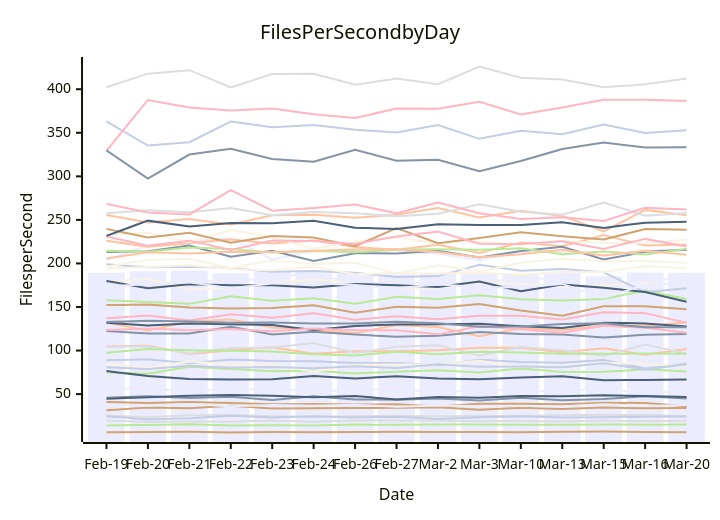
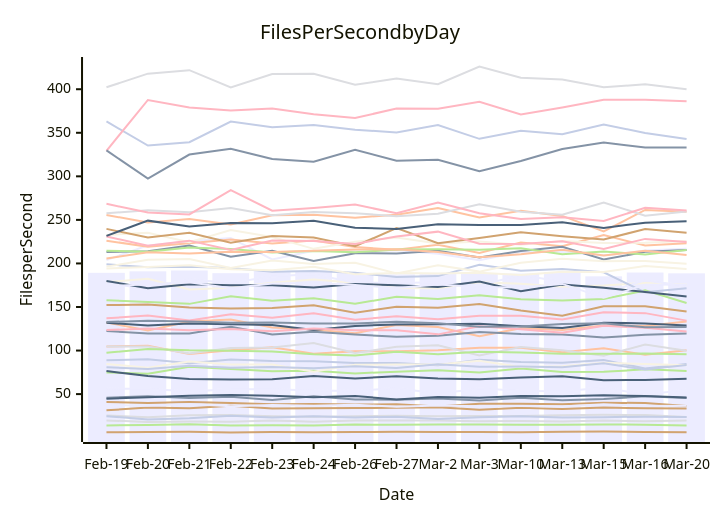
The diagram in perf-report.md (streetsidesoftware/cspell), drawn with Mermaid before and after one commit. The commit also changed other lines of this file and 2 other files, not shown here.

````diff
--- a/perf-report.md
+++ b/perf-report.md
@@ -11,57 +11,57 @@
 ```mermaid
 xychart-beta
     title Files Per Second by Day
     y-axis Files per Second
     x-axis Date [Feb-19, Feb-20, Feb-21, Feb-22, Feb-23, Feb-24, Feb-26, Feb-27, Mar-2, Mar-3, Mar-10, Mar-13, Mar-15, Mar-16, Mar-20]
-    bar [189.21, 190.95, 191.93, 188.84, 190.95, 190.14, 188.86, 187.47, 189.15, 187.99, 188.38, 189.98, 185.21, 189.57, 189.40]
-    line [45.95, 47.66, 45.50, 46.89, 43.13, 47.48, 43.86, 43.58, 44.95, 42.68, 45.79, 43.00, 44.30, 47.55, 45.06]
-    line [132.26, 123.16, 133.27, 135.57, 126.55, 124.20, 119.96, 129.35, 126.96, 116.50, 125.61, 123.50, 128.64, 128.22, 132.61]
-    line [19.76, 18.01, 18.46, 18.38, 19.68, 18.34, 19.60, 19.60, 19.63, 18.78, 19.22, 18.67, 19.78, 18.71, 19.35]
-    line [74.92, 73.32, 81.29, 78.95, 76.37, 76.80, 73.75, 75.77, 77.40, 74.68, 79.36, 75.39, 75.58, 78.40, 76.06]
-    line [6.24, 6.45, 6.67, 5.92, 6.38, 6.30, 6.44, 6.78, 6.62, 6.55, 6.32, 6.79, 7.12, 6.59, 6.32]
-    line [88.86, 89.95, 85.47, 89.64, 87.93, 87.72, 85.68, 85.69, 83.26, 89.40, 86.73, 86.09, 89.20, 79.46, 84.72]
-    line [136.95, 140.26, 134.61, 141.79, 137.76, 142.75, 135.42, 139.26, 136.06, 139.99, 140.01, 135.63, 143.93, 142.95, 131.94]
-    line [131.86, 128.62, 131.04, 130.26, 129.44, 123.58, 128.31, 129.87, 130.27, 130.71, 127.81, 125.76, 132.01, 131.14, 127.65]
-    line [84.44, 80.37, 87.47, 84.08, 83.91, 75.76, 83.59, 84.08, 83.89, 88.30, 81.02, 82.11, 85.90, 84.63, 82.10]
-    line [203.99, 220.72, 225.56, 229.20, 204.56, 214.62, 214.22, 215.21, 211.23, 203.79, 213.30, 213.00, 209.05, 214.75, 216.09]
-    line [122.32, 119.71, 119.61, 127.43, 118.55, 121.57, 118.53, 115.70, 116.93, 121.24, 118.95, 118.40, 114.99, 118.14, 118.87]
-    line [226.10, 219.20, 223.30, 227.37, 223.02, 226.36, 218.81, 215.75, 221.50, 212.02, 224.11, 219.75, 232.68, 220.52, 221.64]
-    line [25.52, 23.53, 25.65, 25.87, 24.49, 24.03, 24.62, 25.06, 24.45, 24.76, 24.74, 25.60, 26.18, 25.98, 24.89]
-    line [157.72, 155.61, 153.59, 162.30, 157.06, 159.96, 153.79, 161.66, 159.28, 163.36, 159.01, 157.48, 159.10, 169.05, 159.18]
-    line [40.89, 39.79, 40.82, 39.75, 38.29, 38.55, 38.02, 38.35, 35.65, 38.90, 38.99, 38.46, 40.13, 39.77, 36.04]
-    line [363.00, 335.36, 339.22, 362.80, 356.26, 358.85, 353.61, 350.32, 358.90, 343.06, 352.21, 348.39, 359.59, 349.81, 352.96]
-    line [329.33, 387.65, 379.15, 375.70, 377.89, 371.33, 366.95, 377.92, 377.66, 385.69, 370.91, 378.91, 387.90, 387.80, 386.61]
-    line [76.41, 70.89, 67.31, 66.82, 66.94, 70.88, 67.89, 70.56, 67.78, 66.98, 69.18, 70.51, 65.83, 66.30, 66.77]
-    line [232.74, 235.31, 224.47, 238.32, 230.44, 216.76, 225.02, 229.69, 222.82, 225.14, 221.56, 225.82, 223.33, 223.62, 227.10]
-    line [56.33, 56.16, 52.87, 55.45, 55.44, 54.09, 53.55, 56.91, 50.34, 56.33, 53.77, 52.96, 57.64, 49.40, 55.97]
-    line [329.84, 297.30, 325.03, 331.76, 320.00, 316.72, 330.45, 317.84, 319.02, 305.87, 317.67, 331.44, 338.69, 332.97, 333.50]
-    line [255.70, 246.95, 250.90, 244.70, 255.35, 256.03, 252.54, 255.82, 263.63, 252.65, 260.43, 254.55, 236.73, 261.47, 255.45]
-    line [257.67, 260.94, 258.83, 263.71, 255.40, 259.16, 257.65, 254.22, 257.02, 267.92, 259.39, 256.02, 269.97, 254.79, 257.99]
-    line [14.06, 14.46, 15.41, 14.08, 14.28, 13.96, 14.98, 14.69, 15.09, 15.05, 14.93, 14.92, 15.23, 14.84, 15.23]
-    line [31.35, 34.71, 33.66, 36.75, 33.50, 33.75, 33.98, 34.43, 34.99, 32.10, 34.36, 33.03, 34.53, 33.80, 33.95]
-    line [80.83, 78.91, 82.42, 80.37, 81.15, 79.72, 81.93, 80.10, 84.29, 81.35, 81.66, 80.93, 85.41, 78.19, 84.18]
-    line [123.51, 125.30, 123.36, 124.67, 122.06, 125.40, 123.31, 123.27, 118.58, 127.90, 124.38, 120.45, 128.40, 126.26, 120.43]
-    line [44.67, 46.36, 48.18, 49.05, 48.06, 46.41, 47.91, 43.77, 46.60, 45.68, 47.70, 47.47, 48.64, 47.90, 46.78]
-    line [178.51, 182.28, 170.09, 171.99, 177.77, 181.65, 177.93, 171.71, 171.61, 178.31, 176.56, 173.19, 174.63, 177.66, 175.74]
-    line [178.13, 170.26, 181.98, 177.56, 185.31, 187.50, 177.93, 177.54, 178.41, 174.58, 186.65, 179.06, 166.05, 180.55, 182.58]
-    line [213.09, 213.97, 220.46, 207.58, 214.51, 202.85, 211.79, 211.44, 214.66, 206.78, 214.22, 219.20, 204.44, 213.42, 215.71]
-    line [104.64, 105.41, 96.15, 100.38, 103.85, 96.33, 99.09, 99.19, 100.48, 103.18, 103.33, 98.05, 102.55, 95.32, 101.80]
-    line [104.57, 104.52, 96.66, 102.79, 103.56, 108.60, 97.11, 104.32, 106.04, 94.30, 104.19, 100.36, 94.07, 106.95, 96.68]
-    line [214.67, 213.49, 218.19, 216.61, 212.54, 214.33, 212.86, 215.99, 216.40, 215.81, 217.40, 210.64, 213.63, 210.38, 216.73]
-    line [239.70, 229.90, 235.21, 223.87, 231.37, 229.84, 219.75, 240.64, 223.28, 229.19, 235.85, 231.18, 227.46, 239.47, 238.69]
-    line [198.97, 195.69, 196.29, 194.82, 190.50, 191.36, 189.34, 184.31, 185.47, 198.42, 191.68, 193.62, 189.84, 166.89, 171.59]
-    line [231.02, 220.24, 226.17, 215.58, 226.36, 225.70, 222.46, 230.96, 236.51, 222.64, 222.38, 225.56, 216.60, 228.18, 219.43]
-    line [179.91, 171.61, 176.10, 175.03, 175.02, 172.48, 176.50, 175.06, 173.05, 179.29, 168.17, 175.84, 172.23, 167.20, 156.08]
-    line [194.32, 195.93, 197.80, 193.32, 192.22, 196.28, 187.50, 189.10, 188.54, 189.19, 186.81, 190.52, 190.26, 197.02, 194.36]
-    line [37.40, 36.62, 38.51, 36.10, 37.37, 36.52, 37.66, 35.60, 37.02, 36.08, 36.38, 35.91, 38.37, 36.25, 37.51]
-    line [132.77, 134.30, 133.46, 131.83, 132.27, 131.01, 131.00, 133.00, 131.45, 127.22, 127.60, 130.54, 131.20, 126.76, 126.61]
-    line [205.73, 212.95, 211.55, 213.31, 213.15, 214.61, 215.98, 216.39, 213.20, 207.00, 210.46, 215.67, 209.05, 214.60, 209.91]
-    line [402.21, 417.90, 421.85, 402.15, 417.55, 417.69, 405.05, 412.32, 405.86, 426.09, 413.29, 411.20, 402.18, 405.65, 412.19]
-    line [97.51, 101.87, 100.27, 99.76, 98.90, 95.69, 94.30, 98.50, 95.82, 98.55, 97.82, 96.22, 96.21, 96.60, 96.28]
-    line [152.26, 152.78, 149.55, 148.15, 148.90, 152.11, 143.30, 150.41, 149.07, 153.47, 146.06, 140.05, 150.95, 150.81, 147.35]
-    line [24.64, 20.92, 22.32, 25.16, 23.04, 24.66, 23.19, 24.07, 21.50, 23.56, 24.56, 23.16, 23.57, 24.07, 24.21]
-    line [268.41, 258.56, 256.27, 284.25, 260.54, 263.62, 267.57, 257.62, 270.01, 257.62, 250.97, 253.10, 248.68, 263.99, 261.83]
-    line [231.62, 249.13, 242.45, 246.48, 246.10, 248.98, 240.98, 239.52, 244.96, 243.99, 244.22, 247.23, 240.74, 246.80, 247.77]
-    line [196.35, 204.19, 205.00, 194.87, 203.28, 199.45, 200.84, 188.59, 197.81, 190.62, 200.86, 205.50, 202.63, 202.69, 200.88]
-    line [173.68, 176.25, 178.32, 171.39, 176.96, 177.51, 175.27, 171.69, 175.82, 173.02, 172.27, 176.52, 160.55, 175.49, 176.97]
+    bar [189.21, 190.95, 191.93, 188.84, 190.95, 190.14, 188.86, 187.47, 189.15, 187.99, 188.38, 189.98, 185.21, 189.57, 188.63]
+    line [45.95, 47.66, 45.50, 46.89, 43.13, 47.48, 43.86, 43.58, 44.95, 42.68, 45.79, 43.00, 44.30, 47.55, 45.42]
+    line [132.26, 123.16, 133.27, 135.57, 126.55, 124.20, 119.96, 129.35, 126.96, 116.50, 125.61, 123.50, 128.64, 128.22, 133.34]
+    line [19.76, 18.01, 18.46, 18.38, 19.68, 18.34, 19.60, 19.60, 19.63, 18.78, 19.22, 18.67, 19.78, 18.71, 19.79]
+    line [74.92, 73.32, 81.29, 78.95, 76.37, 76.80, 73.75, 75.77, 77.40, 74.68, 79.36, 75.39, 75.58, 78.40, 76.58]
+    line [6.24, 6.45, 6.67, 5.92, 6.38, 6.30, 6.44, 6.78, 6.62, 6.55, 6.32, 6.79, 7.12, 6.59, 6.35]
+    line [88.86, 89.95, 85.47, 89.64, 87.93, 87.72, 85.68, 85.69, 83.26, 89.40, 86.73, 86.09, 89.20, 79.46, 84.64]
+    line [136.95, 140.26, 134.61, 141.79, 137.76, 142.75, 135.42, 139.26, 136.06, 139.99, 140.01, 135.63, 143.93, 142.95, 134.36]
+    line [131.86, 128.62, 131.04, 130.26, 129.44, 123.58, 128.31, 129.87, 130.27, 130.71, 127.81, 125.76, 132.01, 131.14, 128.67]
+    line [84.44, 80.37, 87.47, 84.08, 83.91, 75.76, 83.59, 84.08, 83.89, 88.30, 81.02, 82.11, 85.90, 84.63, 82.99]
+    line [203.99, 220.72, 225.56, 229.20, 204.56, 214.62, 214.22, 215.21, 211.23, 203.79, 213.30, 213.00, 209.05, 214.75, 216.78]
+    line [122.32, 119.71, 119.61, 127.43, 118.55, 121.57, 118.53, 115.70, 116.93, 121.24, 118.95, 118.40, 114.99, 118.14, 119.47]
+    line [226.10, 219.20, 223.30, 227.37, 223.02, 226.36, 218.81, 215.75, 221.50, 212.02, 224.11, 219.75, 232.68, 220.52, 223.12]
+    line [25.52, 23.53, 25.65, 25.87, 24.49, 24.03, 24.62, 25.06, 24.45, 24.76, 24.74, 25.60, 26.18, 25.98, 23.83]
+    line [157.72, 155.61, 153.59, 162.30, 157.06, 159.96, 153.79, 161.66, 159.28, 163.36, 159.01, 157.48, 159.10, 169.05, 154.54]
+    line [40.89, 39.79, 40.82, 39.75, 38.29, 38.55, 38.02, 38.35, 35.65, 38.90, 38.99, 38.46, 40.13, 39.77, 36.42]
+    line [363.00, 335.36, 339.22, 362.80, 356.26, 358.85, 353.61, 350.32, 358.90, 343.06, 352.21, 348.39, 359.59, 349.81, 342.75]
+    line [329.33, 387.65, 379.15, 375.70, 377.89, 371.33, 366.95, 377.92, 377.66, 385.69, 370.91, 378.91, 387.90, 387.80, 386.06]
+    line [76.41, 70.89, 67.31, 66.82, 66.94, 70.88, 67.89, 70.56, 67.78, 66.98, 69.18, 70.51, 65.83, 66.30, 67.73]
+    line [232.74, 235.31, 224.47, 238.32, 230.44, 216.76, 225.02, 229.69, 222.82, 225.14, 221.56, 225.82, 223.33, 223.62, 225.78]
+    line [56.33, 56.16, 52.87, 55.45, 55.44, 54.09, 53.55, 56.91, 50.34, 56.33, 53.77, 52.96, 57.64, 49.40, 55.01]
+    line [329.84, 297.30, 325.03, 331.76, 320.00, 316.72, 330.45, 317.84, 319.02, 305.87, 317.67, 331.44, 338.69, 332.97, 333.24]
+    line [255.70, 246.95, 250.90, 244.70, 255.35, 256.03, 252.54, 255.82, 263.63, 252.65, 260.43, 254.55, 236.73, 261.47, 259.22]
+    line [257.67, 260.94, 258.83, 263.71, 255.40, 259.16, 257.65, 254.22, 257.02, 267.92, 259.39, 256.02, 269.97, 254.79, 259.65]
+    line [14.06, 14.46, 15.41, 14.08, 14.28, 13.96, 14.98, 14.69, 15.09, 15.05, 14.93, 14.92, 15.23, 14.84, 14.06]
+    line [31.35, 34.71, 33.66, 36.75, 33.50, 33.75, 33.98, 34.43, 34.99, 32.10, 34.36, 33.03, 34.53, 33.80, 33.49]
+    line [80.83, 78.91, 82.42, 80.37, 81.15, 79.72, 81.93, 80.10, 84.29, 81.35, 81.66, 80.93, 85.41, 78.19, 83.51]
+    line [123.51, 125.30, 123.36, 124.67, 122.06, 125.40, 123.31, 123.27, 118.58, 127.90, 124.38, 120.45, 128.40, 126.26, 121.85]
+    line [44.67, 46.36, 48.18, 49.05, 48.06, 46.41, 47.91, 43.77, 46.60, 45.68, 47.70, 47.47, 48.64, 47.90, 46.22]
+    line [178.51, 182.28, 170.09, 171.99, 177.77, 181.65, 177.93, 171.71, 171.61, 178.31, 176.56, 173.19, 174.63, 177.66, 175.92]
+    line [178.13, 170.26, 181.98, 177.56, 185.31, 187.50, 177.93, 177.54, 178.41, 174.58, 186.65, 179.06, 166.05, 180.55, 173.75]
+    line [213.09, 213.97, 220.46, 207.58, 214.51, 202.85, 211.79, 211.44, 214.66, 206.78, 214.22, 219.20, 204.44, 213.42, 215.32]
+    line [104.64, 105.41, 96.15, 100.38, 103.85, 96.33, 99.09, 99.19, 100.48, 103.18, 103.33, 98.05, 102.55, 95.32, 100.34]
+    line [104.57, 104.52, 96.66, 102.79, 103.56, 108.60, 97.11, 104.32, 106.04, 94.30, 104.19, 100.36, 94.07, 106.95, 99.82]
+    line [214.67, 213.49, 218.19, 216.61, 212.54, 214.33, 212.86, 215.99, 216.40, 215.81, 217.40, 210.64, 213.63, 210.38, 215.44]
+    line [239.70, 229.90, 235.21, 223.87, 231.37, 229.84, 219.75, 240.64, 223.28, 229.19, 235.85, 231.18, 227.46, 239.47, 235.22]
+    line [198.97, 195.69, 196.29, 194.82, 190.50, 191.36, 189.34, 184.31, 185.47, 198.42, 191.68, 193.62, 189.84, 166.89, 171.60]
+    line [231.02, 220.24, 226.17, 215.58, 226.36, 225.70, 222.46, 230.96, 236.51, 222.64, 222.38, 225.56, 216.60, 228.18, 224.68]
+    line [179.91, 171.61, 176.10, 175.03, 175.02, 172.48, 176.50, 175.06, 173.05, 179.29, 168.17, 175.84, 172.23, 167.20, 162.09]
+    line [194.32, 195.93, 197.80, 193.32, 192.22, 196.28, 187.50, 189.10, 188.54, 189.19, 186.81, 190.52, 190.26, 197.02, 193.75]
+    line [37.40, 36.62, 38.51, 36.10, 37.37, 36.52, 37.66, 35.60, 37.02, 36.08, 36.38, 35.91, 38.37, 36.25, 36.61]
+    line [132.77, 134.30, 133.46, 131.83, 132.27, 131.01, 131.00, 133.00, 131.45, 127.22, 127.60, 130.54, 131.20, 126.76, 126.98]
+    line [205.73, 212.95, 211.55, 213.31, 213.15, 214.61, 215.98, 216.39, 213.20, 207.00, 210.46, 215.67, 209.05, 214.60, 209.59]
+    line [402.21, 417.90, 421.85, 402.15, 417.55, 417.69, 405.05, 412.32, 405.86, 426.09, 413.29, 411.20, 402.18, 405.65, 399.88]
+    line [97.51, 101.87, 100.27, 99.76, 98.90, 95.69, 94.30, 98.50, 95.82, 98.55, 97.82, 96.22, 96.21, 96.60, 95.61]
+    line [152.26, 152.78, 149.55, 148.15, 148.90, 152.11, 143.30, 150.41, 149.07, 153.47, 146.06, 140.05, 150.95, 150.81, 144.94]
+    line [24.64, 20.92, 22.32, 25.16, 23.04, 24.66, 23.19, 24.07, 21.50, 23.56, 24.56, 23.16, 23.57, 24.07, 23.83]
+    line [268.41, 258.56, 256.27, 284.25, 260.54, 263.62, 267.57, 257.62, 270.01, 257.62, 250.97, 253.10, 248.68, 263.99, 260.91]
+    line [231.62, 249.13, 242.45, 246.48, 246.10, 248.98, 240.98, 239.52, 244.96, 243.99, 244.22, 247.23, 240.74, 246.80, 248.37]
+    line [196.35, 204.19, 205.00, 194.87, 203.28, 199.45, 200.84, 188.59, 197.81, 190.62, 200.86, 205.50, 202.63, 202.69, 199.56]
+    line [173.68, 176.25, 178.32, 171.39, 176.96, 177.51, 175.27, 171.69, 175.82, 173.02, 172.27, 176.52, 160.55, 175.49, 175.91]
 ```
````
